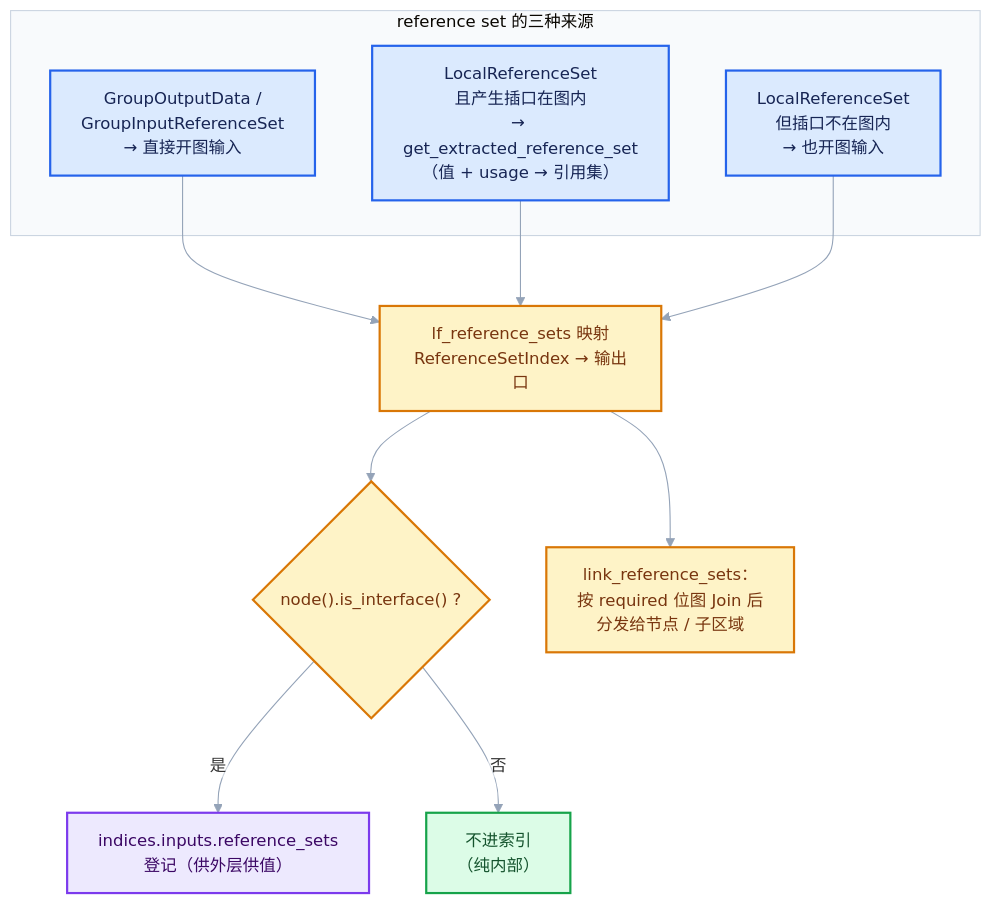
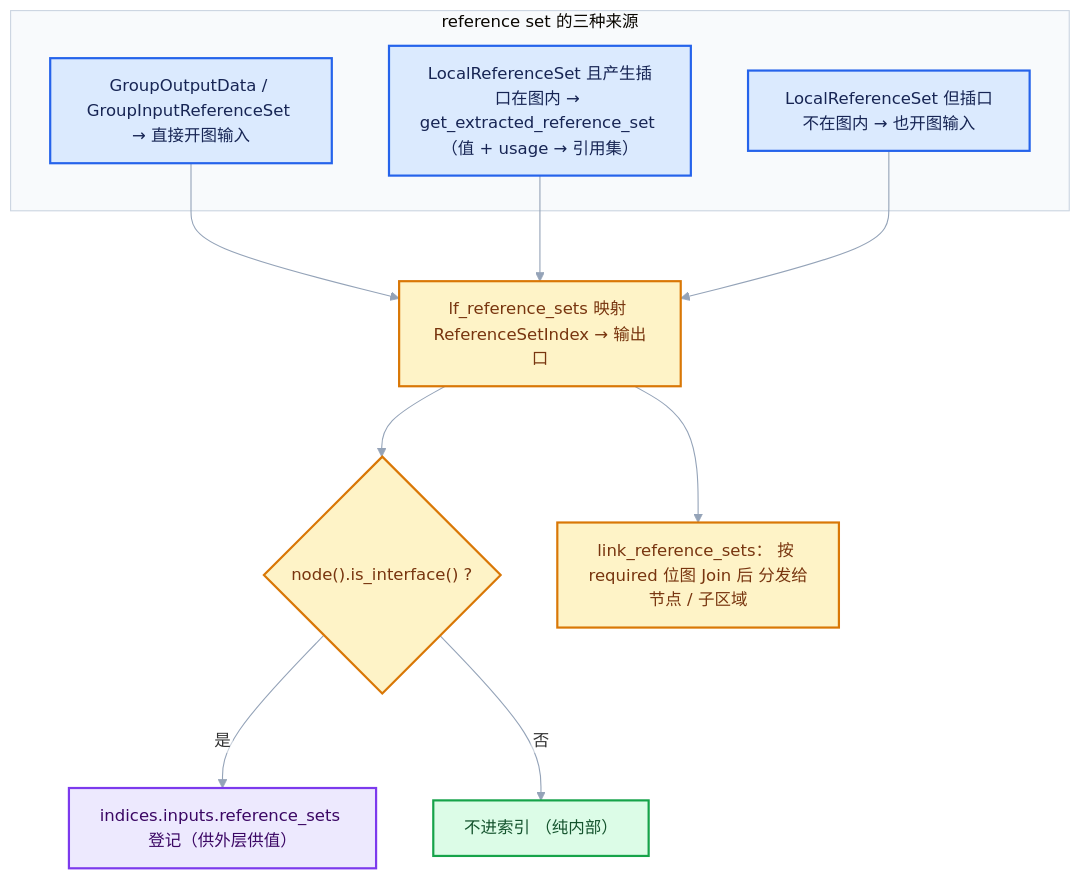
The third of 5 diagrams in 杂/markdown/重复区域-dsh/03-几何节点执行架构/02-Repeat循环体函数构建详解.md (yunkezengren/blender-.vscode), drawn with Mermaid before and after one commit. The commit also changed other lines of this file and 27 other files, not shown here.

````diff
--- a/杂/markdown/重复区域-dsh/03-几何节点执行架构/02-Repeat循环体函数构建详解.md
+++ b/杂/markdown/重复区域-dsh/03-几何节点执行架构/02-Repeat循环体函数构建详解.md
@@ -1471,32 +1442,32 @@
 ```mermaid
 %%{init: {"theme":"base","themeVariables":{"fontFamily":"\"Segoe UI\",\"Microsoft YaHei\",sans-serif","fontSize":"15px","lineColor":"#94A3B8","edgeLabelBackground":"#FFFFFF","clusterBkg":"#F8FAFC","clusterBorder":"#CBD5E1"},"flowchart":{"htmlLabels":false,"curve":"basis","nodeSpacing":52,"rankSpacing":64,"padding":14,"diagramPadding":16,"useMaxWidth":true},"sequence":{"useMaxWidth":true,"wrap":true,"mirrorActors":false,"messageMargin":36}}}%%
 flowchart TB
     subgraph SRC["reference set 的三种来源"]
-        A["GroupOutputData /<br/>GroupInputReferenceSet<br/>→ 直接开图输入"]
-        B["LocalReferenceSet<br/>且产生插口在图内<br/>→ get_extracted_reference_set<br/>（值 + usage → 引用集）"]
-        C["LocalReferenceSet<br/>但插口不在图内<br/>→ 也开图输入"]
+        A["GroupOutputData / GroupInputReferenceSet → 直接开图输入"]
+        B["LocalReferenceSet 且产生插口在图内 → get_extracted_reference_set （值 + usage → 引用集）"]
+        C["LocalReferenceSet 但插口不在图内 → 也开图输入"]
     end
-    RS["lf_reference_sets 映射<br/>ReferenceSetIndex → 输出口"]
+    RS["lf_reference_sets 映射 ReferenceSetIndex → 输出口"]
     IDX{"node().is_interface() ?"}
-    INDX["indices.inputs.reference_sets<br/>登记（供外层供值）"]
-    SKIP["不进索引<br/>（纯内部）"]
-    DIST["link_reference_sets：<br/>按 required 位图 Join 后<br/>分发给节点 / 子区域"]
+    INDX["indices.inputs.reference_sets 登记（供外层供值）"]
+    SKIP["不进索引 （纯内部）"]
+    DIST["link_reference_sets： 按 required 位图 Join 后 分发给节点 / 子区域"]
     A --> RS
     B --> RS
     C --> RS
     RS --> IDX
     IDX -- "是" --> INDX
     IDX -- "否" --> SKIP
     RS --> DIST
     classDef input fill:#DBEAFE,stroke:#2563EB,color:#172554,stroke-width:2px;
     classDef data fill:#CFFAFE,stroke:#0891B2,color:#164E63,stroke-width:2px;
     classDef abstraction fill:#EDE9FE,stroke:#7C3AED,color:#3B0764,stroke-width:2px;
     classDef compute fill:#FEF3C7,stroke:#D97706,color:#78350F,stroke-width:2px;
     classDef result fill:#DCFCE7,stroke:#16A34A,color:#14532D,stroke-width:2px;
     classDef error fill:#FEE2E2,stroke:#DC2626,color:#7F1D1D,stroke-width:2px;
     class A,B,C input;
     class RS compute;
     class IDX,DIST compute;
     class INDX abstraction;
     class SKIP result;
 ```
````
